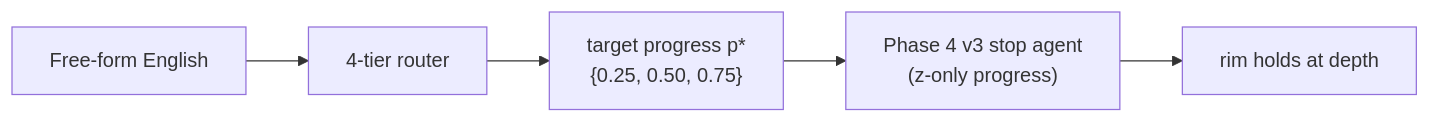
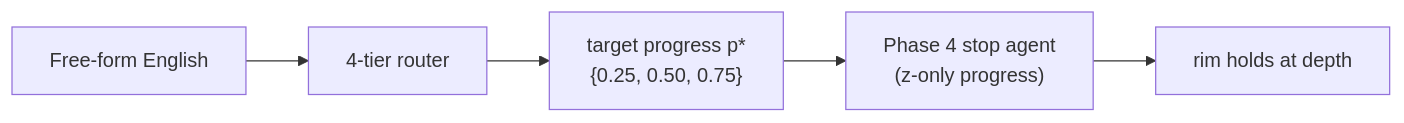
Before and after one commit to JOJORuSH7/vt-refine-lang-fine-manipulation: the diagram in README.md, drawn with Mermaid. The commit also changed other lines of this file, not shown here.

Commit message:
docs: tighten README copy and switch pipeline diagram to mermaid

````diff
--- a/README.md
+++ b/README.md
@@ -14,7 +14,7 @@
 ```mermaid
 flowchart LR
     A["Free-form English"] --> B["4-tier router"]
     B --> C["target progress p*<br/>{0.25, 0.50, 0.75}"]
-    C --> D["Phase 4 v3 stop agent<br/>(z-only progress)"]
+    C --> D["Phase 4 stop agent<br/>(z-only progress)"]
     D --> E["rim holds at depth"]
 ```
````
